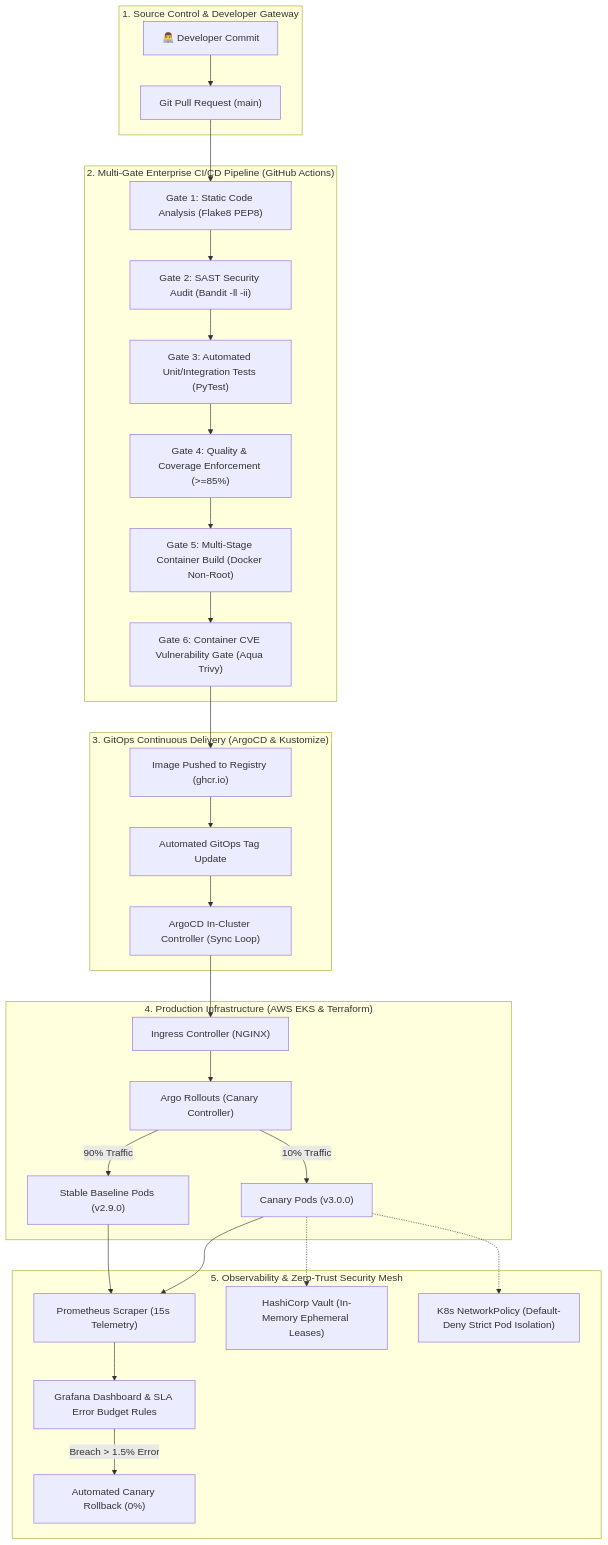
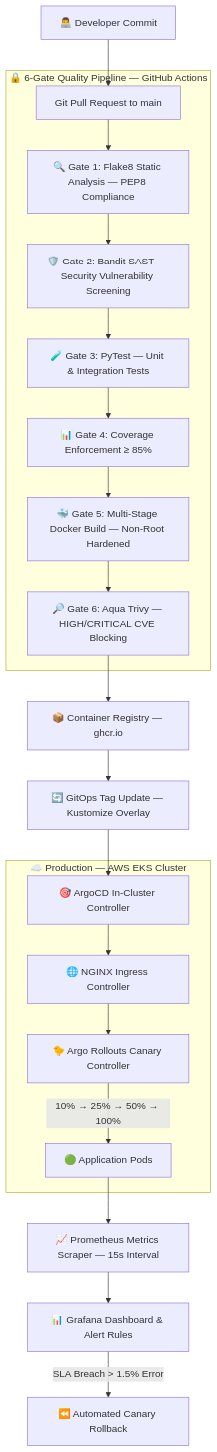
Before and after one commit to Garvit7878/DevOps-Capstone-Project-: the second of 7 diagrams in README.md, drawn with Mermaid. The commit also changed other lines of this file, not shown here.

Commit message:
Redesign README with professional layout, Mermaid diagrams and flowcharts

````diff
--- a/README.md
+++ b/README.md
@@ -30,37 +67,27 @@
 ```mermaid
 flowchart TD
-    subgraph SCM["1. Source Control & Developer Gateway"]
-        DEV["👨‍💻 Developer Commit"] --> PR["Git Pull Request (main)"]
+    DEV["👨‍💻 Developer Commit"] --> PR["Git Pull Request to main"]
+
+    subgraph GATES["🔒 6-Gate Quality Pipeline — GitHub Actions"]
+        PR --> G1["🔍 Gate 1: Flake8 Static Analysis — PEP8 Compliance"]
+        G1 --> G2["🛡️ Gate 2: Bandit SAST — Security Vulnerability Screening"]
+        G2 --> G3["🧪 Gate 3: PyTest — Unit & Integration Tests"]
+        G3 --> G4["📊 Gate 4: Coverage Enforcement ≥ 85%"]
+        G4 --> G5["🐳 Gate 5: Multi-Stage Docker Build — Non-Root Hardened"]
+        G5 --> G6["🔎 Gate 6: Aqua Trivy — HIGH/CRITICAL CVE Blocking"]
     end
 
-    subgraph CICD["2. Multi-Gate Enterprise CI/CD Pipeline (GitHub Actions)"]
-        PR --> G1["Gate 1: Static Code Analysis (Flake8 PEP8)"]
-        G1 --> G2["Gate 2: SAST Security Audit (Bandit -ll -ii)"]
-        G2 --> G3["Gate 3: Automated Unit/Integration Tests (PyTest)"]
-        G3 --> G4["Gate 4: Quality & Coverage Enforcement (>=85%)"]
-        G4 --> G5["Gate 5: Multi-Stage Container Build (Docker Non-Root)"]
-        G5 --> G6["Gate 6: Container CVE Vulnerability Gate (Aqua Trivy)"]
+    G6 --> REG["📦 Container Registry — ghcr.io"]
+    REG --> GITOPS["🔄 GitOps Tag Update — Kustomize Overlay"]
+    GITOPS --> ARGO["🎯 ArgoCD In-Cluster Controller"]
+
+    subgraph DEPLOY["☁️ Production — AWS EKS Cluster"]
+        ARGO --> INGRESS["🌐 NGINX Ingress Controller"]
+        INGRESS --> CANARY["🐤 Argo Rollouts Canary Controller"]
+        CANARY -- "10% → 25% → 50% → 100%" --> PODS["🟢 Application Pods"]
     end
 
-    subgraph GITOPS["3. GitOps Continuous Delivery (ArgoCD & Kustomize)"]
-        G6 --> GCR["Image Pushed to Registry (ghcr.io)"]
-        GCR --> KUST["Automated GitOps Tag Update"]
-        KUST --> ARGO["ArgoCD In-Cluster Controller (Sync Loop)"]
-    end
-
-    subgraph PROD["4. Production Infrastructure (AWS EKS & Terraform)"]
-        ARGO --> INGRESS["Ingress Controller (NGINX)"]
-        INGRESS --> CANARY["Argo Rollouts (Canary Controller)"]
-        CANARY -- "10% Traffic" --> CANARY_PODS["Canary Pods (v3.0.0)"]
-        CANARY -- "90% Traffic" --> BASE_PODS["Stable Baseline Pods (v2.9.0)"]
-    end
-
-    subgraph SEC_OBS["5. Observability & Zero-Trust Security Mesh"]
-        CANARY_PODS --> PROM["Prometheus Scraper (15s Telemetry)"]
-        BASE_PODS --> PROM
-        PROM --> GRAF["Grafana Dashboard & SLA Error Budget Rules"]
-        GRAF -- "Breach > 1.5% Error" --> ROLLBACK["Automated Canary Rollback (0%)"]
-        CANARY_PODS -.-> VAULT["HashiCorp Vault (In-Memory Ephemeral Leases)"]
-        CANARY_PODS -.-> NETPOL["K8s NetworkPolicy (Default-Deny Strict Pod Isolation)"]
-    end
+    PODS --> PROM["📈 Prometheus Metrics Scraper — 15s Interval"]
+    PROM --> GRAF["📊 Grafana Dashboard & Alert Rules"]
+    GRAF -- "SLA Breach > 1.5% Error" --> ROLLBACK["⏪ Automated Canary Rollback"]
 ```
````
